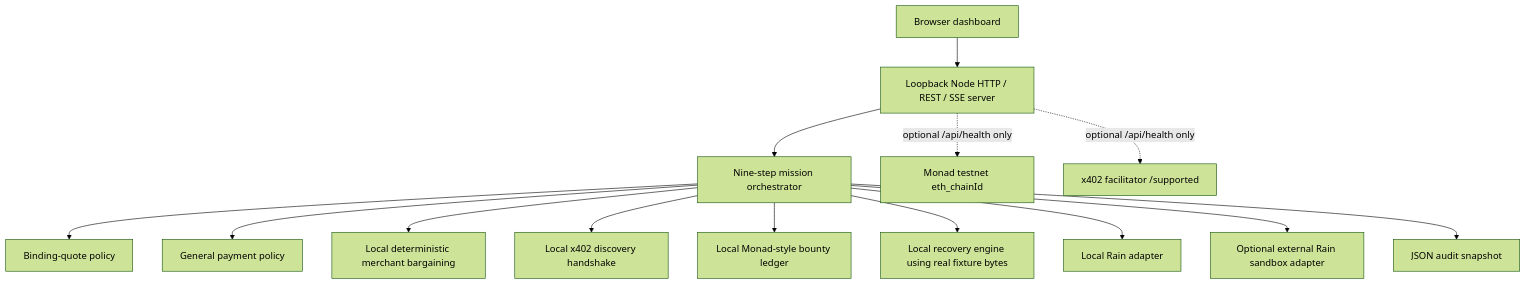
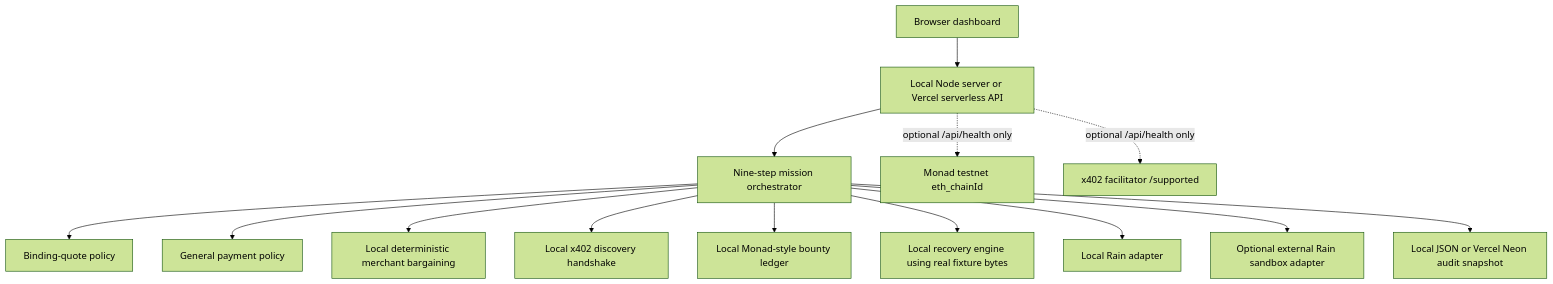
The diagram in PROJECT_GUIDE.md (7dracoder/LazarusMesh), drawn with Mermaid (forest theme) before and after one commit. The commit also changed other lines of this file and 14 other files, not shown here.

````diff
--- a/PROJECT_GUIDE.md
+++ b/PROJECT_GUIDE.md
@@ -52,16 +53,16 @@
 ```mermaid
 flowchart TD
-    UI["Browser dashboard"] --> HTTP["Loopback Node HTTP / REST / SSE server"]
+    UI["Browser dashboard"] --> HTTP["Local Node server or Vercel serverless API"]
     HTTP --> ORCH["Nine-step mission orchestrator"]
     ORCH --> QP["Binding-quote policy"]
     ORCH --> PP["General payment policy"]
     ORCH --> NEG["Local deterministic merchant bargaining"]
     ORCH --> X402["Local x402 discovery handshake"]
     ORCH --> MONAD["Local Monad-style bounty ledger"]
     ORCH --> REC["Local recovery engine using real fixture bytes"]
     ORCH --> RAINLOCAL["Local Rain adapter"]
     ORCH --> RAINSANDBOX["Optional external Rain sandbox adapter"]
-    ORCH --> STORE["JSON audit snapshot"]
+    ORCH --> STORE["Local JSON or Vercel Neon audit snapshot"]
     HTTP -. "optional /api/health only" .-> RPC["Monad testnet eth_chainId"]
     HTTP -. "optional /api/health only" .-> FAC["x402 facilitator /supported"]
 ```
````
